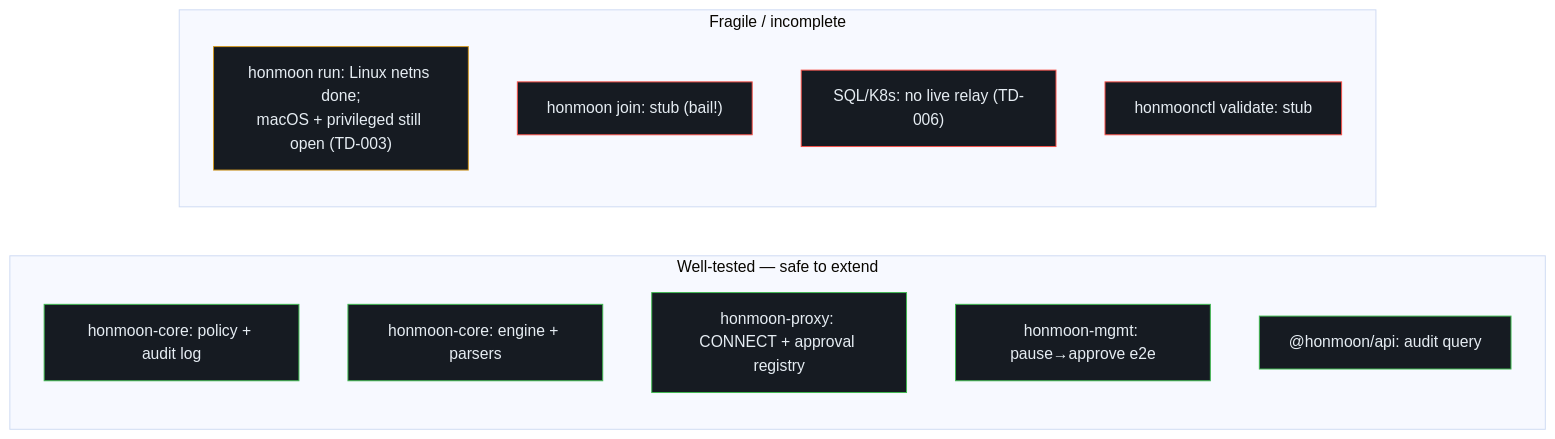
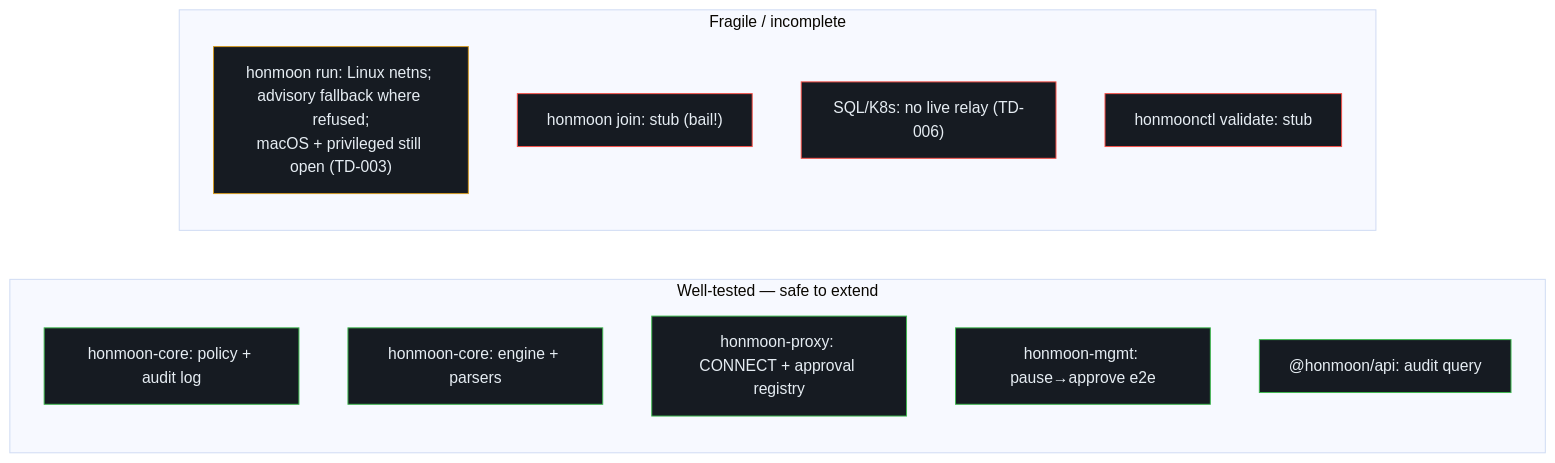
Before and after one commit to pleaseai/honmoon: the fourth of 4 diagrams in wiki/deep-dive/architecture.md, drawn with Mermaid (base theme). The commit also changed 3 other files, not shown here.

````diff
--- a/wiki/deep-dive/architecture.md
+++ b/wiki/deep-dive/architecture.md
@@ -200,25 +200,25 @@
 ```mermaid
 flowchart LR
   subgraph solid["Well-tested — safe to extend"]
     s1["honmoon-core: policy + audit log"]
     s2["honmoon-core: engine + parsers"]
     s3["honmoon-proxy: CONNECT + approval registry"]
     s4["honmoon-mgmt: pause→approve e2e"]
     s5["@honmoon/api: audit query"]
   end
   subgraph weak["Fragile / incomplete"]
-    w1["honmoon run: Linux netns done;<br>macOS + privileged still open (TD-003)"]
+    w1["honmoon run: Linux netns; advisory fallback where refused;<br>macOS + privileged still open (TD-003)"]
     w2["honmoon join: stub (bail!)"]
     w3["SQL/K8s: no live relay (TD-006)"]
     w4["honmoonctl validate: stub"]
   end
   style s1 fill:#161b22,stroke:#3fb950,color:#e6edf3
   style s2 fill:#161b22,stroke:#3fb950,color:#e6edf3
   style s3 fill:#161b22,stroke:#3fb950,color:#e6edf3
   style s4 fill:#161b22,stroke:#3fb950,color:#e6edf3
   style s5 fill:#161b22,stroke:#3fb950,color:#e6edf3
   style w1 fill:#161b22,stroke:#d29922,color:#e6edf3
   style w2 fill:#161b22,stroke:#f85149,color:#e6edf3
   style w3 fill:#161b22,stroke:#f85149,color:#e6edf3
   style w4 fill:#161b22,stroke:#f85149,color:#e6edf3
 ```
````
